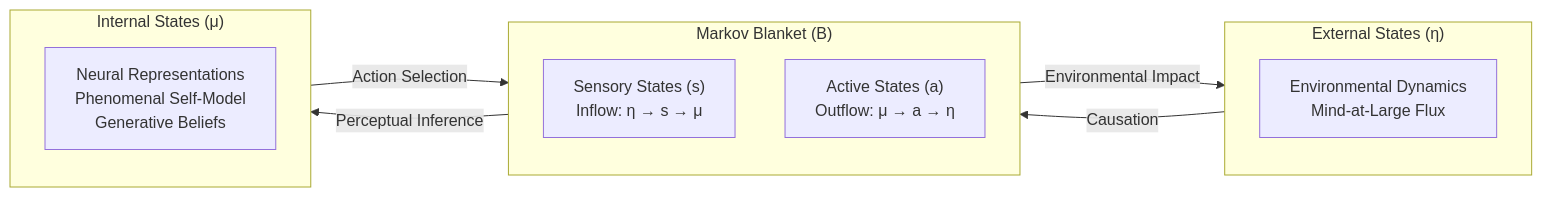
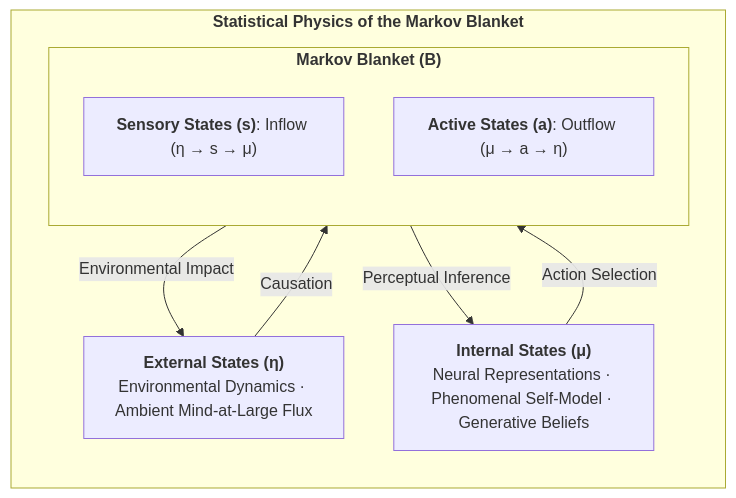
One commit to Thriebl/active-inference-phi-network changed the seventh of 7 diagrams in book/manuscript_en/01_crisis_of_physicalism_and_mind_at_large.md. Above: the diagram before and after it, drawn with Mermaid. The commit also changed other lines of this file and 16 other files, not shown here.

Commit message:
Enhance English monograph: standardize chart sizing, number figures/statements/tables, add lists before App E, link open-source repo

````diff
--- a/book/manuscript_en/01_crisis_of_physicalism_and_mind_at_large.md
+++ b/book/manuscript_en/01_crisis_of_physicalism_and_mind_at_large.md
@@ -225,23 +232,21 @@
 ```mermaid
-flowchart LR
-    subgraph EXTERNAL["External States (η)"]
+flowchart TD
+    subgraph MARKOV_PARTITION["<b>Statistical Physics of the Markov Blanket</b>"]
         direction TB
-        E_DYN["Environmental Dynamics<br>Mind-at-Large Flux"]
+        
+        EXTERNAL["<b>External States (η)</b><br>Environmental Dynamics · Ambient Mind-at-Large Flux"]
+        
+        subgraph BLANKET["<b>Markov Blanket (B)</b>"]
+            direction TB
+            S_STATE["<b>Sensory States (s)</b>: Inflow (η → s → μ)"]
+            A_STATE["<b>Active States (a)</b>: Outflow (μ → a → η)"]
+        end
+
+        INTERNAL["<b>Internal States (μ)</b><br>Neural Representations · Phenomenal Self-Model · Generative Beliefs"]
+
+        EXTERNAL -->|"Causation"| S_STATE
+        S_STATE -->|"Perceptual Inference"| INTERNAL
+        INTERNAL -->|"Action Selection"| A_STATE
+        A_STATE -->|"Environmental Impact"| EXTERNAL
     end
-
-    subgraph BLANKET["Markov Blanket (B)"]
-        direction TB
-        S_STATE["Sensory States (s)<br>Inflow: η → s → μ"]
-        A_STATE["Active States (a)<br>Outflow: μ → a → η"]
-    end
-
-    subgraph INTERNAL["Internal States (μ)"]
-        direction TB
-        I_DYN["Neural Representations<br>Phenomenal Self-Model<br>Generative Beliefs"]
-    end
-
-    EXTERNAL -->|Causation| S_STATE
-    S_STATE -->|Perceptual Inference| INTERNAL
-    INTERNAL -->|Action Selection| A_STATE
-    A_STATE -->|Environmental Impact| EXTERNAL
 ```
````
